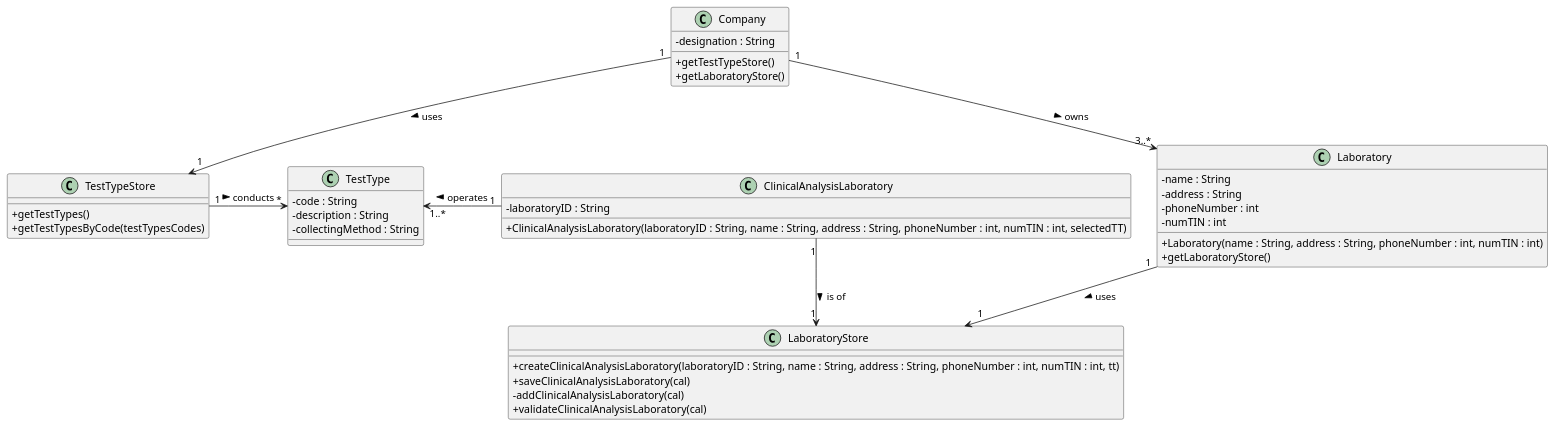
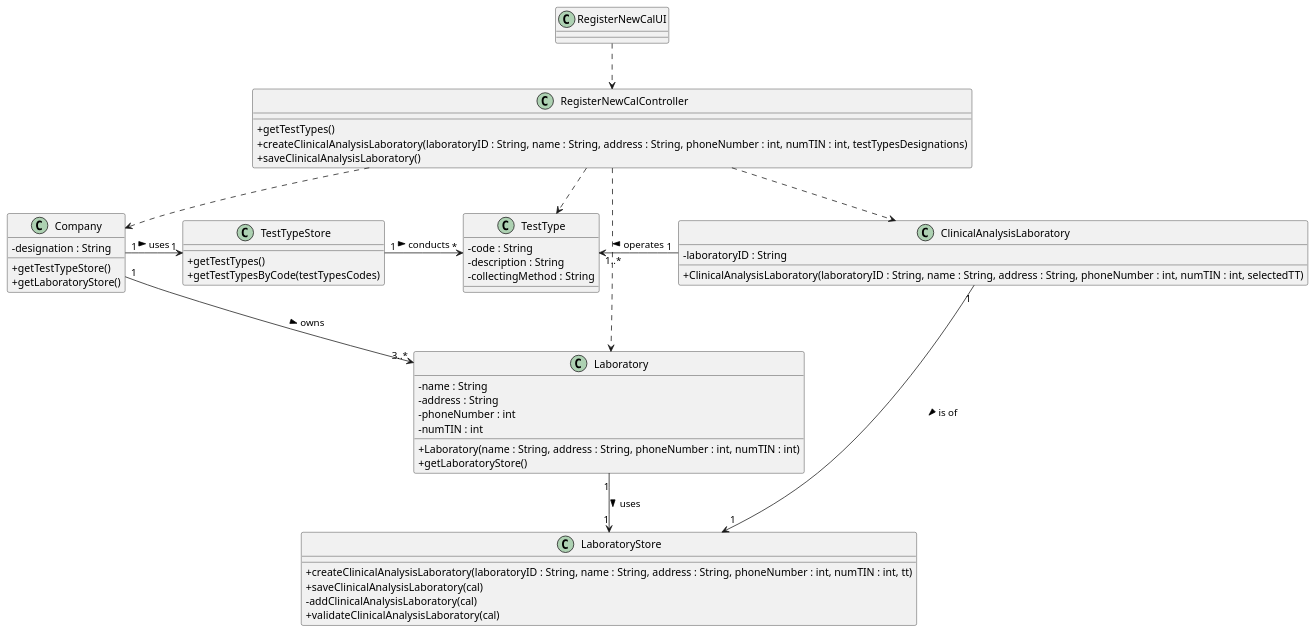
The diagram in docs/SprintB/US_8/US8_CD.puml (ana-albergaria/LAPR2-ISEP), drawn with PlantUML before and after one commit. The commit also changed 4 other files, not shown here.

```diff
--- a/docs/SprintB/US_8/US8_CD.puml
+++ b/docs/SprintB/US_8/US8_CD.puml
@@ -1,94 +1,94 @@
 @startuml
 skinparam classAttributeIconSize 0
 
 /'
 class App {
 +{static} getInstance() : App
 +getCurrentSession() : UserSession
 }
 '/
 /'
 class UserSession {
 +isLoggedInWithRole() : boolean
 }
 '/
 
 class Laboratory {
 -name : String
 -address : String
 -phoneNumber : int
 -numTIN : int
 +Laboratory(name : String, address : String, phoneNumber : int, numTIN : int)
 +getLaboratoryStore()
 }
 
 class ClinicalAnalysisLaboratory {
 -laboratoryID : String
 +ClinicalAnalysisLaboratory(laboratoryID : String, name : String, address : String, phoneNumber : int, numTIN : int, selectedTT)
 }
 
 class TestType {
 - code : String
 - description : String
 - collectingMethod : String
 }
 
 class Company {
 -designation : String
 +getTestTypeStore()
 +getLaboratoryStore()
 /'+getTestTypes()
 +getTestTypesByDesignation(selectedTestTypes)'/
 }
 
 class TestTypeStore {
 +getTestTypes()
 +getTestTypesByCode(testTypesCodes)
 }
 
 class LaboratoryStore {
 +createClinicalAnalysisLaboratory(laboratoryID : String, name : String, address : String, phoneNumber : int, numTIN : int, tt)
 +saveClinicalAnalysisLaboratory(cal)
 -addClinicalAnalysisLaboratory(cal)
 +validateClinicalAnalysisLaboratory(cal)
 }
 
-/'class RegisterNewCalController {
+class RegisterNewCalController {
 +getTestTypes()
 +createClinicalAnalysisLaboratory(laboratoryID : String, name : String, address : String, phoneNumber : int, numTIN : int, testTypesDesignations)
 +saveClinicalAnalysisLaboratory()
-}'/
+}
 
-/'class RegisterNewCalUI {}'/
+class RegisterNewCalUI {}
 
-/'RegisterNewCalUI ..> RegisterNewCalController'/
-/'RegisterNewCalController ..> Laboratory
+RegisterNewCalUI ..> RegisterNewCalController
+RegisterNewCalController ..> Laboratory
 RegisterNewCalController ..> TestType
 RegisterNewCalController ..> ClinicalAnalysisLaboratory
-RegisterNewCalController ..> Company'/
+RegisterNewCalController ..> Company
 /'RegisterNewCalController ..> App
 RegisterNewCalController ..> UserSession'/
 
 
 
 Company "1" -> "1" TestTypeStore : uses >
 TestTypeStore "1" -> "*" TestType : conducts >
 /'VERIFICAR MULTIPLICIDADE LINHA ABAIXO'/
 ClinicalAnalysisLaboratory "1" --> "1" LaboratoryStore : is of >
 Laboratory "1" --> "1" LaboratoryStore : uses >
 Company "1" --> "3..*" Laboratory : owns >
 ClinicalAnalysisLaboratory "1" -> "1..*" TestType : operates >
 
 TestTypeStore -[hidden]-> LaboratoryStore
 
 TestType -[hidden]down-> ClinicalAnalysisLaboratory
 
 
 
 /'Laboratory <|-- ClinicalAnalysisLaboratory'/
 
 
 
 
 
 @enduml
```
